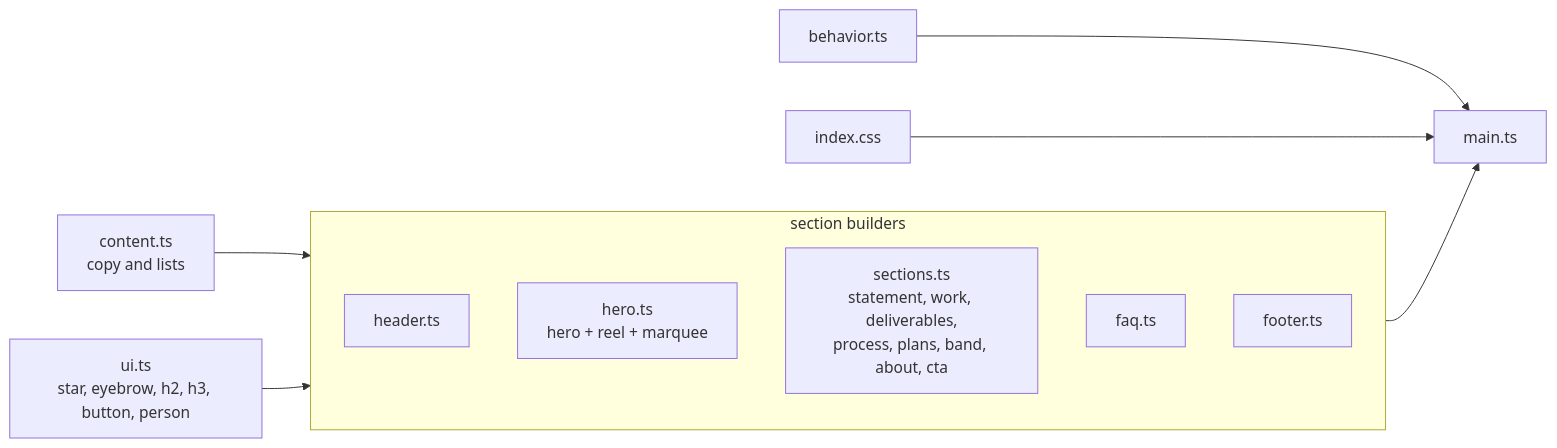
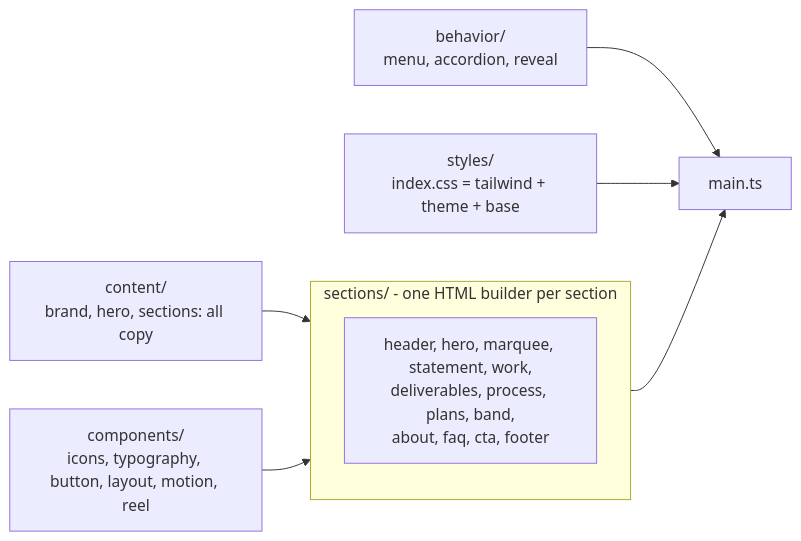
One commit to princesatapathy/Lumen-and-co changed the third of 6 diagrams in docs/ARCHITECTURE.md. Above: the diagram before and after it, drawn with Mermaid. The commit also changed other lines of this file and 44 other files, not shown here.

First line of the commit message:
Step 2a/2c: split site/src into content, components, sections, behavior, styles; rewrite docs

````diff
--- a/docs/ARCHITECTURE.md
+++ b/docs/ARCHITECTURE.md
@@ -45,15 +45,11 @@
 ```mermaid
 flowchart LR
-  content[content.ts<br/>copy and lists] --> sections
-  ui[ui.ts<br/>star, eyebrow, h2, h3, button, person] --> sections
-  subgraph sections[section builders]
-    header[header.ts]
-    hero[hero.ts<br/>hero + reel + marquee]
-    body[sections.ts<br/>statement, work, deliverables,<br/>process, plans, band, about, cta]
-    faq[faq.ts]
-    footer[footer.ts]
+  content[content/<br/>brand, hero, sections: all copy] --> sections
+  components[components/<br/>icons, typography, button, layout, motion, reel] --> sections
+  subgraph sections[sections/ - one HTML builder per section]
+    s1[header, hero, marquee, statement, work,<br/>deliverables, process, plans, band,<br/>about, faq, cta, footer]
   end
   sections --> main[main.ts]
-  behavior[behavior.ts] --> main
-  css[index.css] --> main
+  behavior[behavior/<br/>menu, accordion, reveal] --> main
+  styles[styles/<br/>index.css = tailwind + theme + base] --> main
 ```
````
